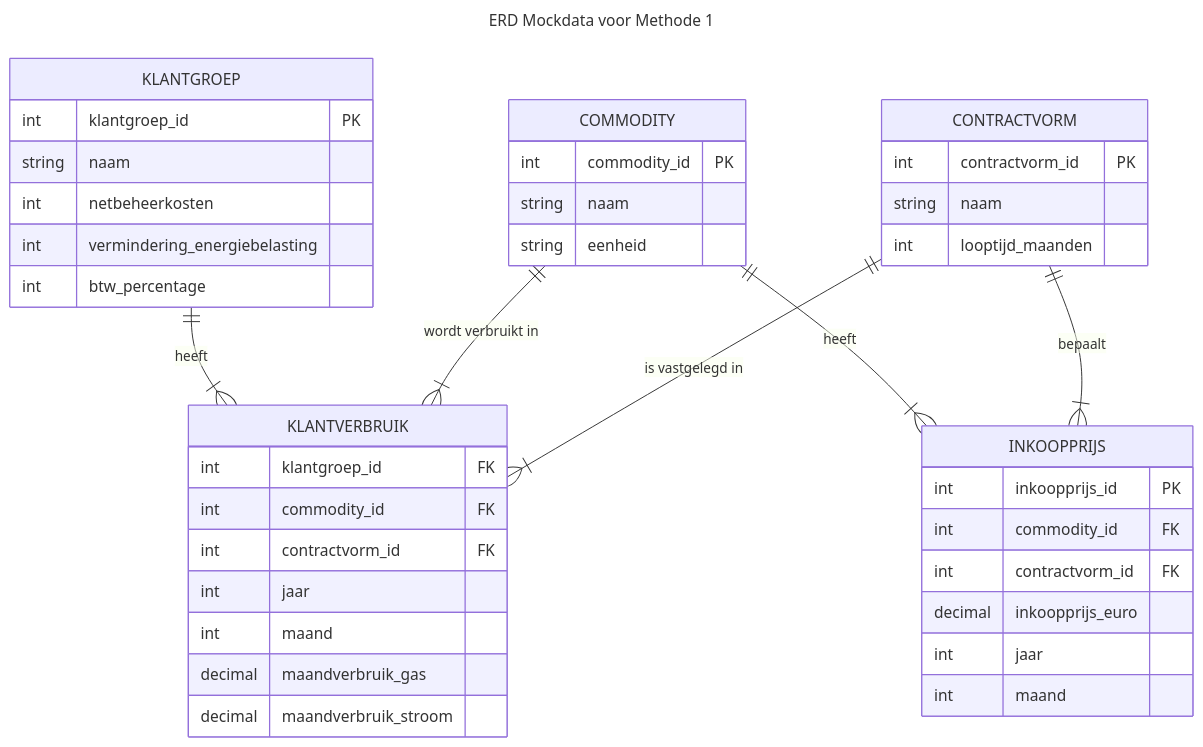
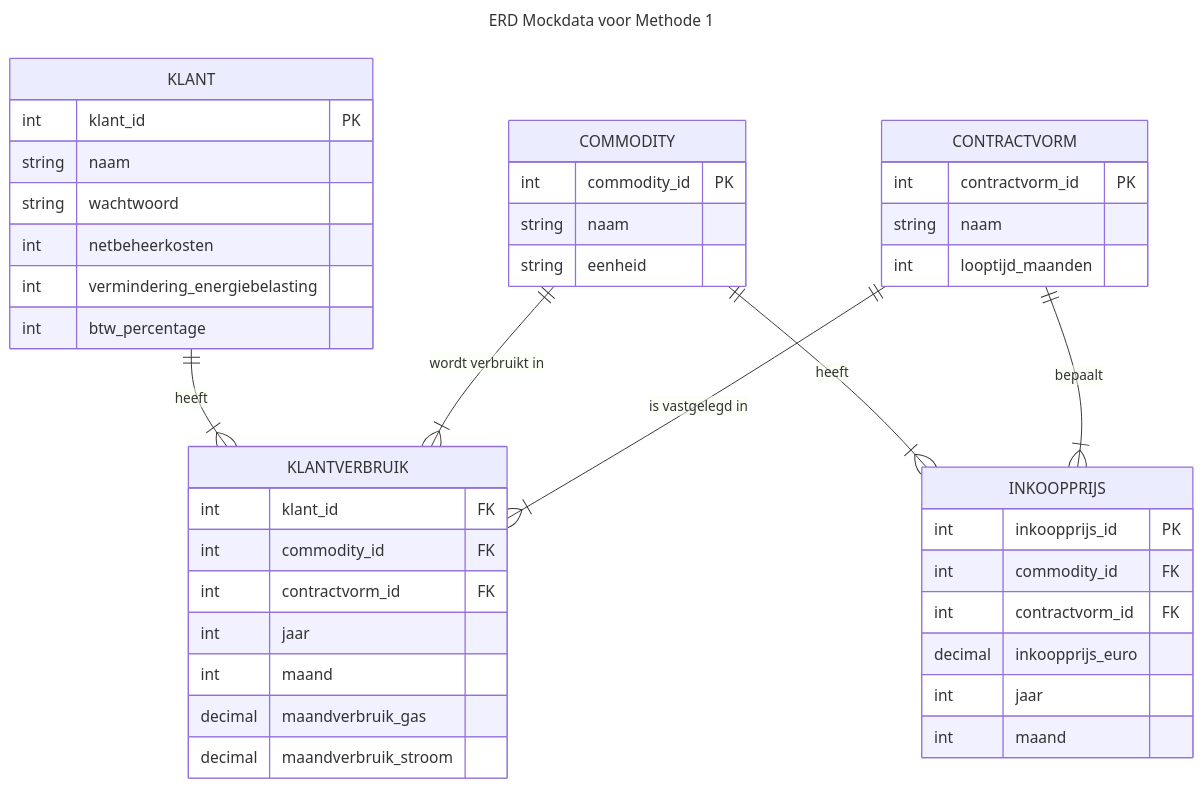
Before and after one commit to Boomstreek/StudieFontys: the diagram in Sem03/03. Design/ERD Mockdata voor Methode 1.md, drawn with Mermaid. The commit also changed other lines of this file and 15 other files, not shown here.

Commit message:
erd mockdata

````diff
--- a/Sem03/03. Design/ERD Mockdata voor Methode 1.md
+++ b/Sem03/03. Design/ERD Mockdata voor Methode 1.md
@@ -1,54 +1,55 @@
 ```mermaid
 ---
 title: ERD Mockdata voor Methode 1
 ---
 erDiagram
-
+	
 	COMMODITY {
 	int commodity_id PK
 	string naam
 	string eenheid
 	}
 	
 	CONTRACTVORM {
         int contractvorm_id PK
         string naam
         int looptijd_maanden
     }
     
-    KLANTGROEP {
-        int klantgroep_id PK
+    KLANT {
+        int klant_id PK
         string naam
+        string wachtwoord
         int netbeheerkosten
         int vermindering_energiebelasting
         int btw_percentage
     }
     
     KLANTVERBRUIK {
-        int klantgroep_id FK
+        int klant_id FK
         int commodity_id FK
         int contractvorm_id FK
         int jaar
         int maand
         decimal maandverbruik_gas
         decimal maandverbruik_stroom
     }
     
     INKOOPPRIJS {
 	    int inkoopprijs_id PK
 	    int commodity_id FK
 	    int contractvorm_id FK
 	    decimal inkoopprijs_euro
 	    int jaar
 	    int maand
     }
     
 	%% Verbindingen voor KLANTVERBRUIK 
-	KLANTGROEP ||--|{ KLANTVERBRUIK : "heeft" 
+	KLANT ||--|{ KLANTVERBRUIK : "heeft" 
 	COMMODITY ||--|{ KLANTVERBRUIK : "wordt verbruikt in" 
 	CONTRACTVORM ||--|{ KLANTVERBRUIK : "is vastgelegd in" 
 	
 	%% Verbindingen voor INKOOPPRIJS 
 	COMMODITY ||--|{ INKOOPPRIJS : "heeft" 
 	CONTRACTVORM ||--|{ INKOOPPRIJS : "bepaalt"
 ```
````
